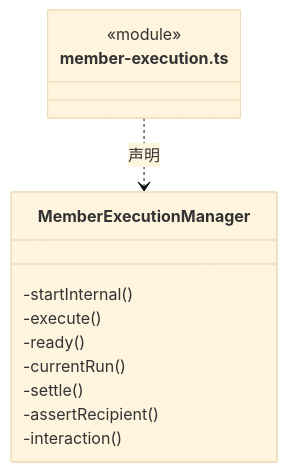
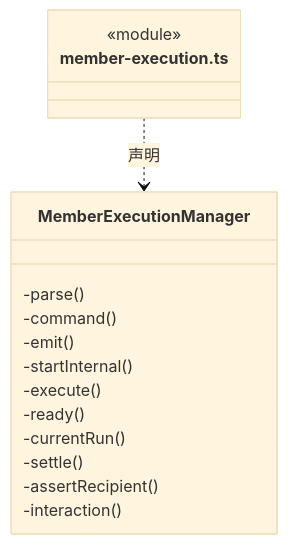
One commit to nan023062/cbim changed diagram 25 of 56 in src/backend/scheduler-engine/execution/ARCHITECTURE.md. Above: the diagram before and after it, drawn with Mermaid (base theme). The commit also changed other lines of this file and 85 other files, not shown here.

````diff
--- a/src/backend/scheduler-engine/execution/ARCHITECTURE.md
+++ b/src/backend/scheduler-engine/execution/ARCHITECTURE.md
@@ -672,16 +705,19 @@
 ```mermaid
 classDiagram
 class N_src_backend_scheduler_engine_execution_member_execution_ts["member-execution.ts"] {
   <<module>>
 }
 class N_src_backend_scheduler_engine_execution_member_execution_ts_MemberExecutionManager["MemberExecutionManager"] {
+  -parse()
+  -command()
+  -emit()
   -startInternal()
   -execute()
   -ready()
   -currentRun()
   -settle()
   -assertRecipient()
   -interaction()
 }
 N_src_backend_scheduler_engine_execution_member_execution_ts ..> N_src_backend_scheduler_engine_execution_member_execution_ts_MemberExecutionManager : 声明
 ```
````
